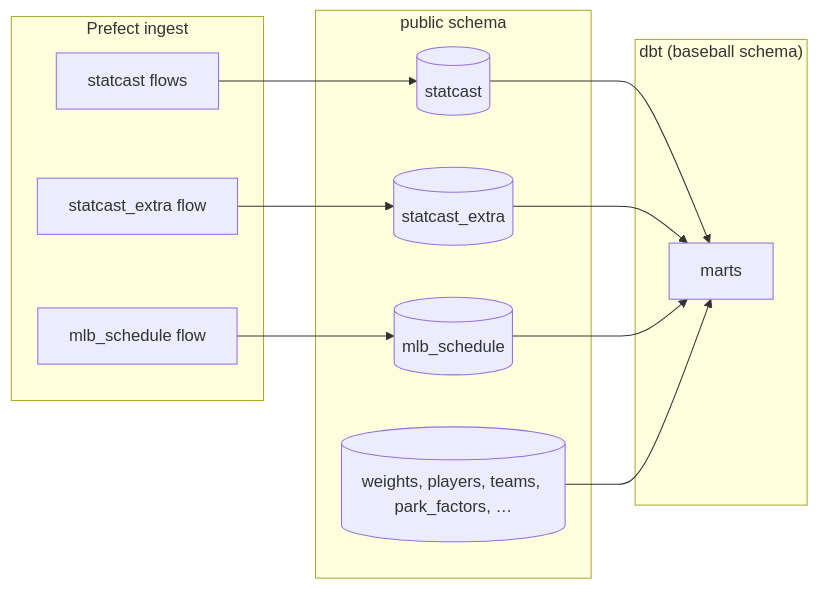
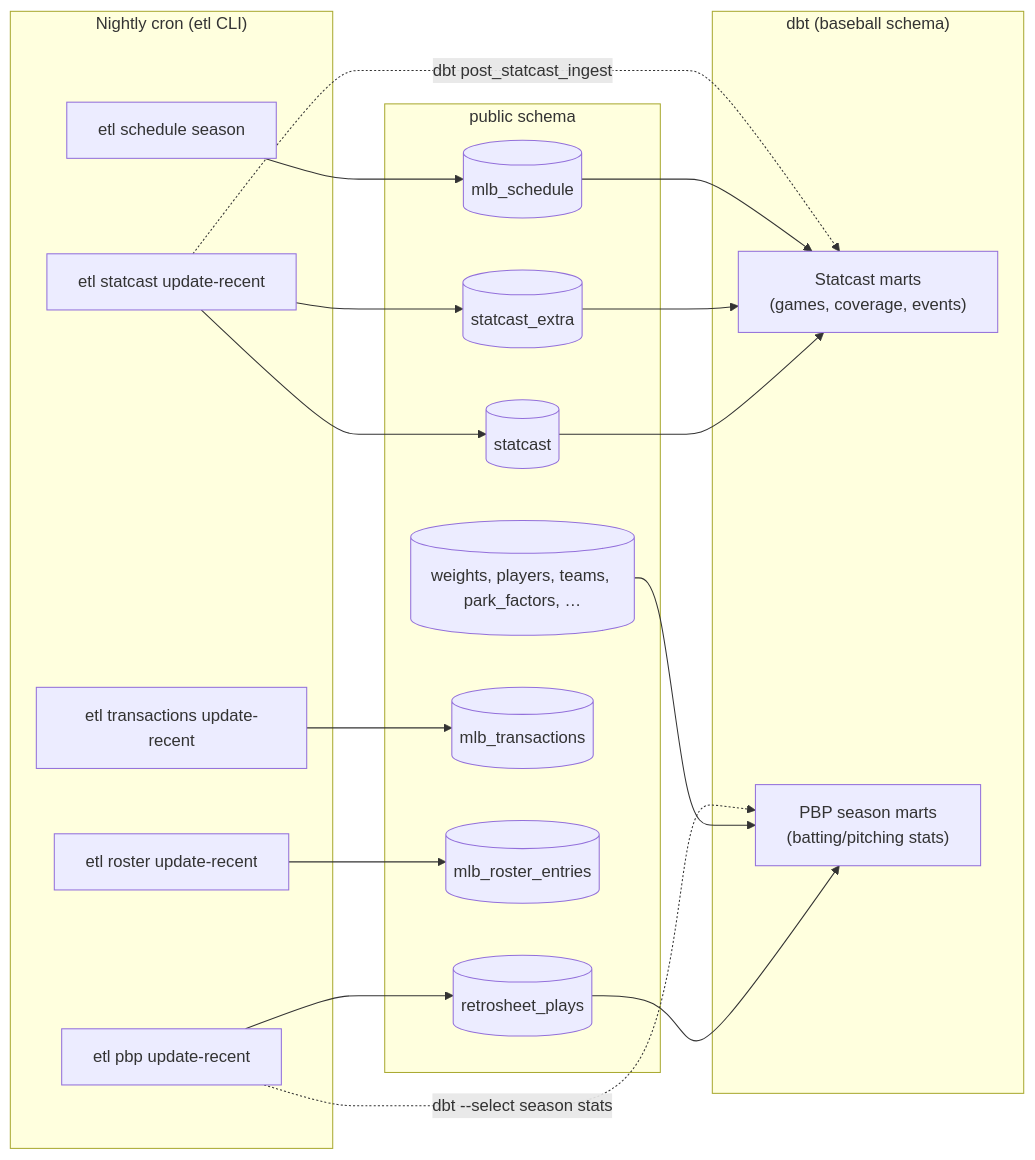
One commit to gurleen/sports-etl-scripts changed the first of 2 diagrams in docs/lineage.md. Above: the diagram before and after it, drawn with Mermaid. The commit also changed other lines of this file and 59 other files, not shown here.

First line of the commit message:
refactor: remove Prefect, consolidate CLIs, drop Statcast season-stat models

````diff
--- a/docs/lineage.md
+++ b/docs/lineage.md
@@ -14,27 +15,41 @@
 ```mermaid
 flowchart LR
-  subgraph prefect["Prefect ingest"]
-    SC[statcast flows]
-    SE[statcast_extra flow]
-    MLB[mlb_schedule flow]
+  subgraph cron["Nightly cron (etl CLI)"]
+    SC["etl statcast update-recent"]
+    SCH["etl schedule season"]
+    PBP["etl pbp update-recent"]
+    TX["etl transactions update-recent"]
+    ROS["etl roster update-recent"]
   end
 
   subgraph public["public schema"]
     T1[(statcast)]
     T2[(statcast_extra)]
     T3[(mlb_schedule)]
-    T4[(weights, players, teams, park_factors, …)]
+    T4[(retrosheet_plays)]
+    T5[(mlb_transactions)]
+    T6[(mlb_roster_entries)]
+    T7[(weights, players, teams, park_factors, …)]
   end
 
   subgraph dbt["dbt (baseball schema)"]
-    M[marts]
+    MS["Statcast marts<br/>(games, coverage, events)"]
+    MP["PBP season marts<br/>(batting/pitching stats)"]
   end
 
   SC --> T1
-  SE --> T2
-  MLB --> T3
-  T1 --> M
-  T2 --> M
-  T3 --> M
-  T4 --> M
+  SC --> T2
+  SCH --> T3
+  PBP --> T4
+  TX --> T5
+  ROS --> T6
+
+  T1 --> MS
+  T2 --> MS
+  T3 --> MS
+  T4 --> MP
+  T7 --> MP
+
+  SC -. dbt post_statcast_ingest .-> MS
+  PBP -. dbt --select season stats .-> MP
 ```
````
